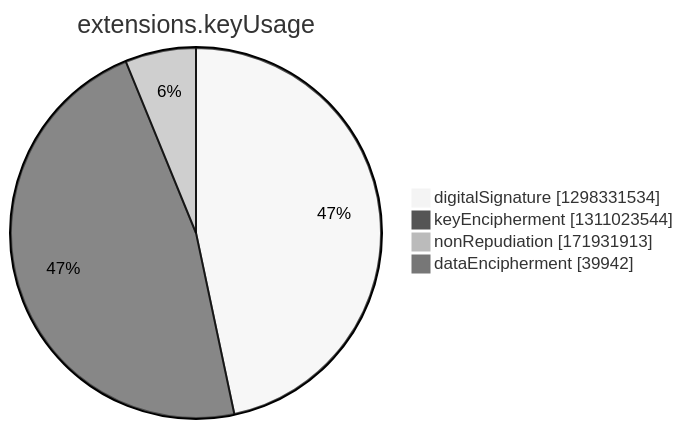
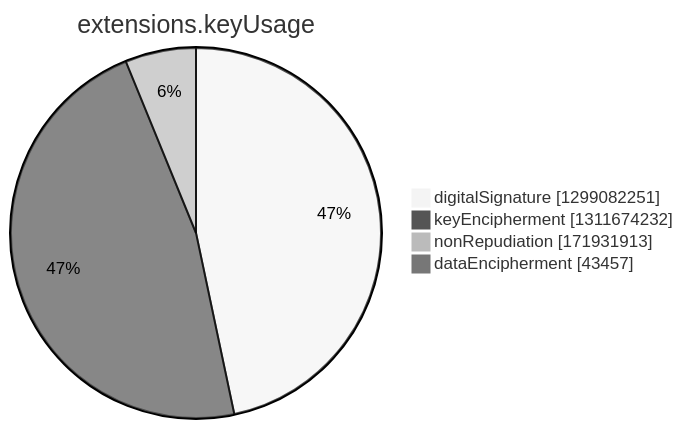
One commit to christiankrug/ctmonitor_visualization changed the seventh of 15 diagrams in argon2022/README.md. Above: the diagram before and after it, drawn with Mermaid (neutral theme). The commit also changed other lines of this file, not shown here.

````diff
--- a/argon2022/README.md
+++ b/argon2022/README.md
@@ -2749,8 +2749,8 @@
 ```mermaid
 pie showData
 title extensions.keyUsage
-"digitalSignature" :1298331534
-"keyEncipherment" :1311023544
+"digitalSignature" :1299082251
+"keyEncipherment" :1311674232
 "nonRepudiation" :171931913
-"dataEncipherment" :39942
+"dataEncipherment" :43457
 ```
````
